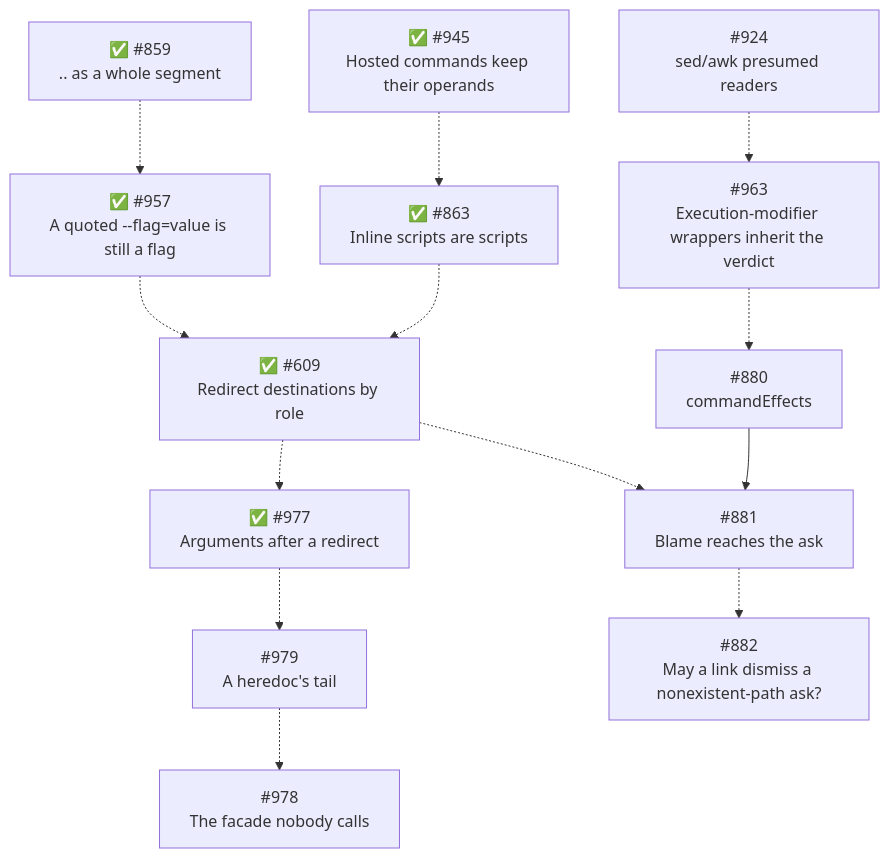
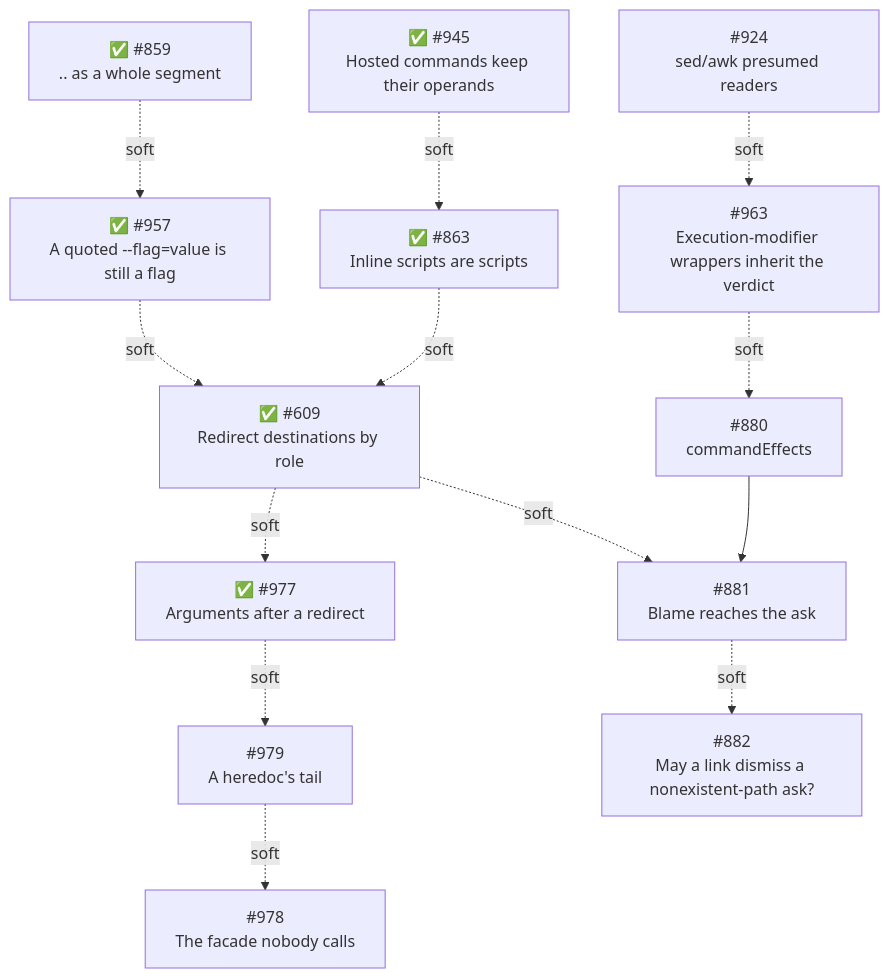
One commit to 44madfire/pi-packages changed the fourth of 4 diagrams in packages/pi-permission-system/docs/architecture/architecture.md. Above: the diagram before and after it, drawn with Mermaid. The commit also changed other lines of this file, not shown here.

Commit message:
docs(pi-permission-system): spell Phase 15's dashed edges as soft dependencies (#902)

````diff
--- a/packages/pi-permission-system/docs/architecture/architecture.md
+++ b/packages/pi-permission-system/docs/architecture/architecture.md
@@ -1565,15 +1570,15 @@
 ```mermaid
 flowchart TD
-    S945["✅ #945<br/>Hosted commands keep their operands"] -.-> S863["✅ #863<br/>Inline scripts are scripts"]
-    S863 -.-> S609["✅ #609<br/>Redirect destinations by role"]
-    S859["✅ #859<br/>.. as a whole segment"] -.-> S957["✅ #957<br/>A quoted --flag=value is still a flag"]
-    S957 -.-> S609
-    S924["#924<br/>sed/awk presumed readers"] -.-> S963["#963<br/>Execution-modifier wrappers inherit the verdict"]
-    S963 -.-> S880["#880<br/>commandEffects"]
+    S945["✅ #945<br/>Hosted commands keep their operands"] -.soft.-> S863["✅ #863<br/>Inline scripts are scripts"]
+    S863 -.soft.-> S609["✅ #609<br/>Redirect destinations by role"]
+    S859["✅ #859<br/>.. as a whole segment"] -.soft.-> S957["✅ #957<br/>A quoted --flag=value is still a flag"]
+    S957 -.soft.-> S609
+    S924["#924<br/>sed/awk presumed readers"] -.soft.-> S963["#963<br/>Execution-modifier wrappers inherit the verdict"]
+    S963 -.soft.-> S880["#880<br/>commandEffects"]
     S880 --> S881["#881<br/>Blame reaches the ask"]
-    S609 -.-> S881
-    S609 -.-> S977["✅ #977<br/>Arguments after a redirect"]
-    S977 -.-> S979["#979<br/>A heredoc's tail"]
-    S979 -.-> S978["#978<br/>The facade nobody calls"]
-    S881 -.-> S882["#882<br/>May a link dismiss a nonexistent-path ask?"]
+    S609 -.soft.-> S881
+    S609 -.soft.-> S977["✅ #977<br/>Arguments after a redirect"]
+    S977 -.soft.-> S979["#979<br/>A heredoc's tail"]
+    S979 -.soft.-> S978["#978<br/>The facade nobody calls"]
+    S881 -.soft.-> S882["#882<br/>May a link dismiss a nonexistent-path ask?"]
 ```
````
